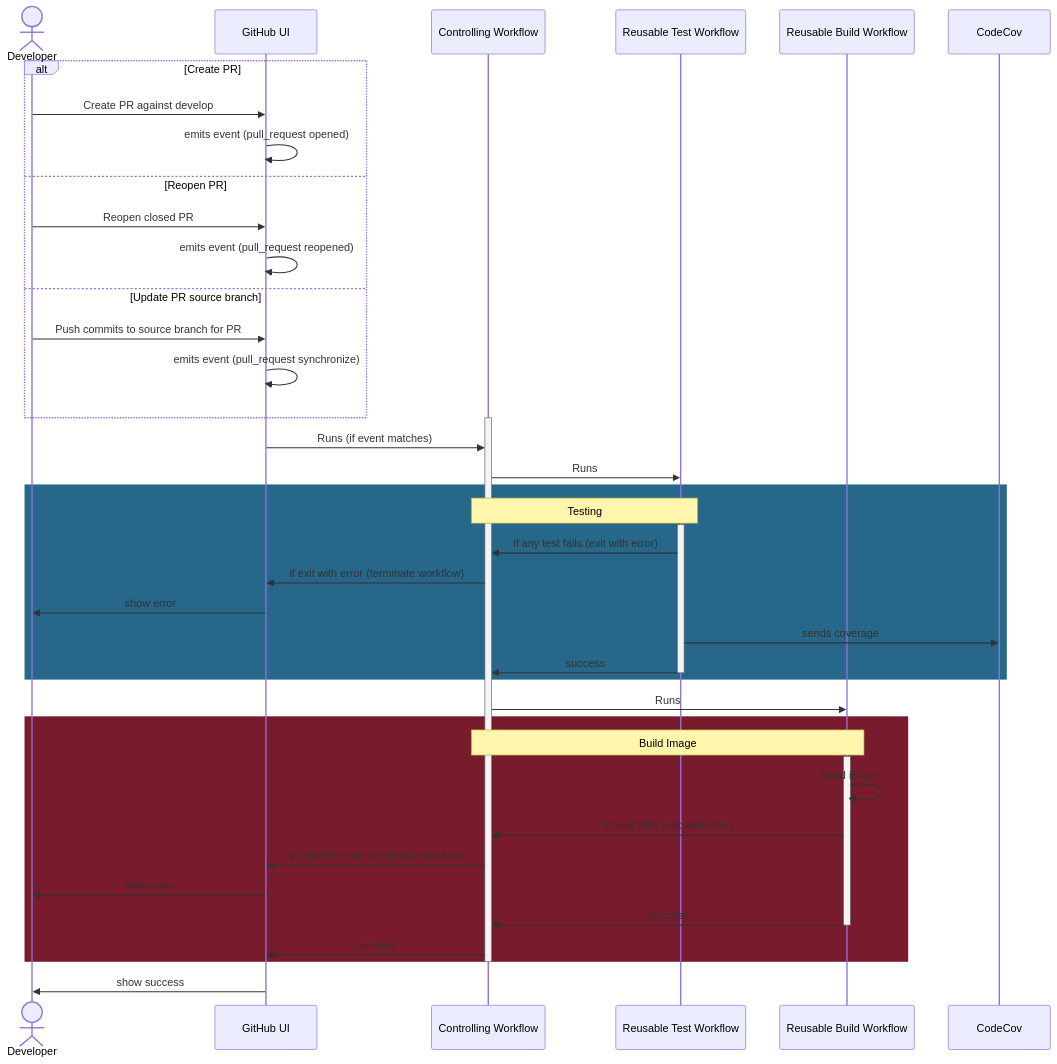
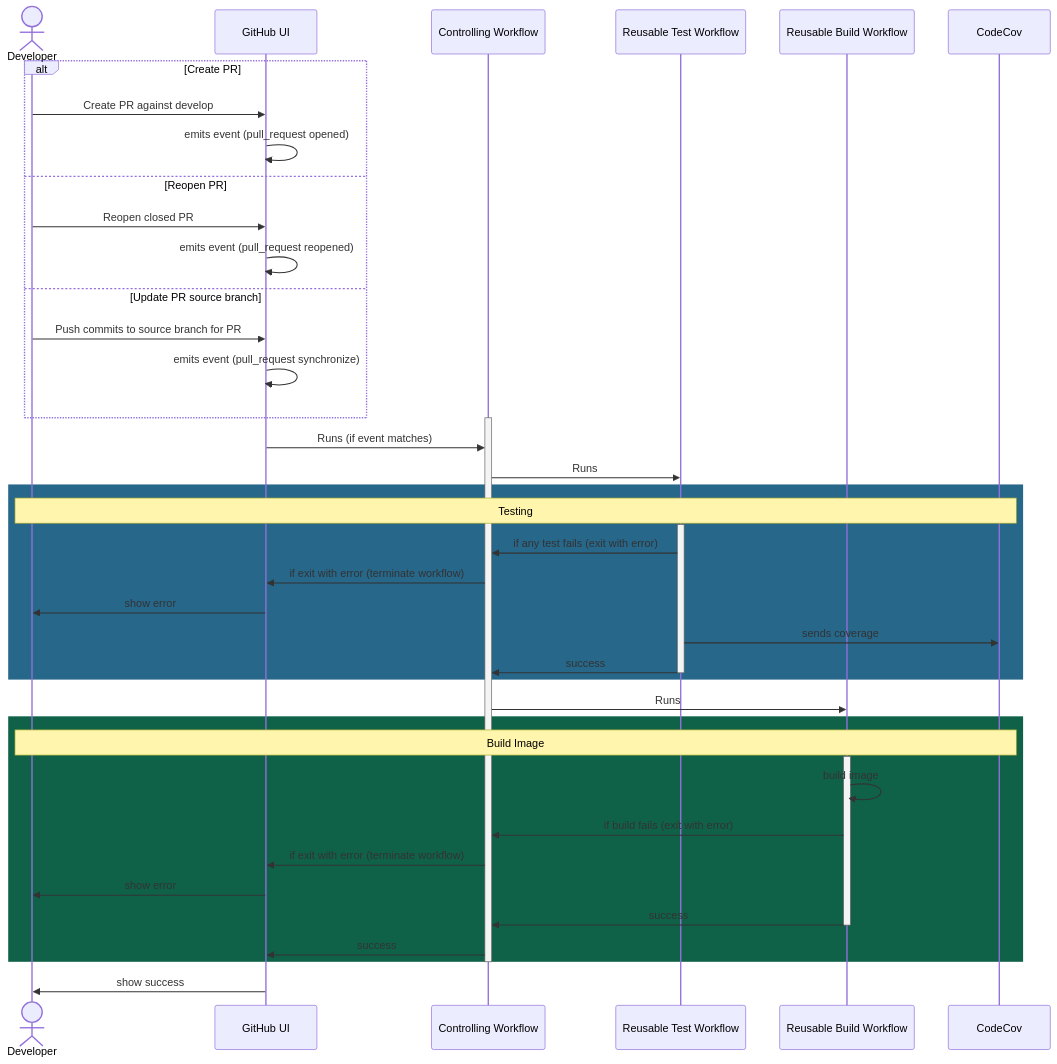
Before and after one commit to kbase/sample_service: the first of 7 diagrams in docs/gha/workflows.md, drawn with Mermaid. The commit also changed other lines of this file, not shown here.

Commit message:
refining mermaid diagrams [SAM-238]

````diff
--- a/docs/gha/workflows.md
+++ b/docs/gha/workflows.md
@@ -98,58 +98,58 @@
 ```mermaid
 sequenceDiagram
     actor Developer
     participant GH as GitHub UI 
     participant Workflow as Controlling Workflow 
     participant TestWorkflow as Reusable Test Workflow 
     participant BuildWorkflow as Reusable Build Workflow
     participant CodeCov
     
     alt Create PR
         Developer ->> GH: Create PR against develop
         GH ->> GH: emits event (pull_request opened)
     else Reopen PR
         Developer ->> GH: Reopen closed PR
         GH ->> GH: emits event (pull_request reopened)
     else Update PR source branch
         Developer ->> GH: Push commits to source branch for PR
         GH ->> GH: emits event (pull_request synchronize)
     end
     
     activate Workflow
     GH ->> Workflow: Runs (if event matches)
     
     Workflow ->> TestWorkflow: Runs
     
     rect rgb(38, 103, 138)
-    note over Workflow,TestWorkflow: Testing
+    note over Developer,CodeCov: Testing
 
     activate TestWorkflow
     TestWorkflow ->> Workflow : if any test fails (exit with error)
     Workflow ->> GH: if exit with error (terminate workflow)
     GH ->> Developer: show error
     TestWorkflow ->> CodeCov: sends coverage
     TestWorkflow ->> Workflow: success
     deactivate TestWorkflow
     
     end
     
     Workflow ->> BuildWorkflow: Runs
     
-    rect rgb(120, 27, 44)
-    note over BuildWorkflow, Workflow: Build Image
+    rect rgb(15, 98, 72)
+    note over Developer,CodeCov: Build Image
     
     activate BuildWorkflow
     BuildWorkflow ->> BuildWorkflow: build image
     BuildWorkflow ->> Workflow: if build fails (exit with error)
     Workflow ->> GH: if exit with error (terminate workflow)
     GH ->> Developer: show error
     BuildWorkflow ->> Workflow:success
     deactivate BuildWorkflow
     
     Workflow ->> GH:success
     
     end
     
     deactivate Workflow
     GH ->> Developer: show success
 ```
````
